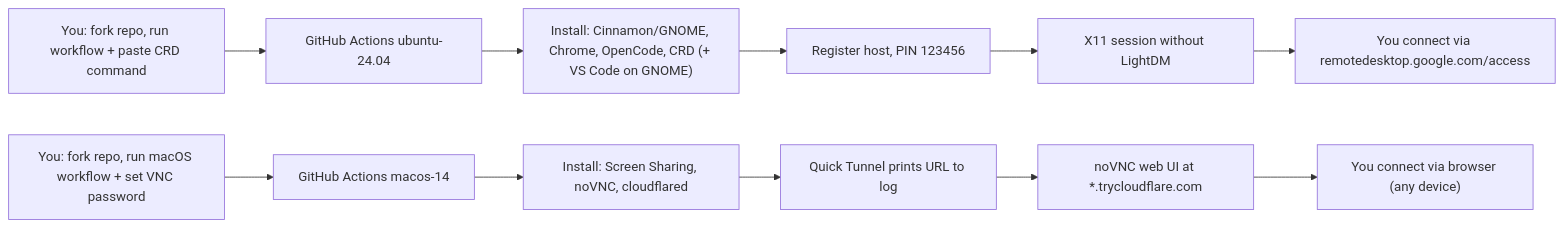
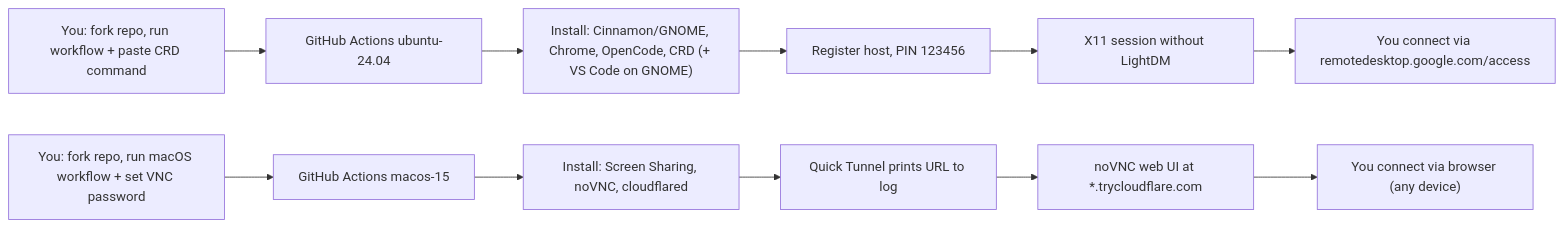
Before and after one commit to ArchDityaa/rich-linux-crd: the diagram in README.md, drawn with Mermaid. The commit also changed other lines of this file and 4 other files, not shown here.

First line of the commit message:
chore: migrate to macos-15-intel (VM Runner) + macos-15 (macOS desktop)

````diff
--- a/README.md
+++ b/README.md
@@ -220,13 +223,13 @@
 ```mermaid
 flowchart LR
     A["You: fork repo, run workflow + paste CRD command"] --> B["GitHub Actions ubuntu-24.04"]
-    A2["You: fork repo, run macOS workflow + set VNC password"] --> B2["GitHub Actions macos-14"]
+    A2["You: fork repo, run macOS workflow + set VNC password"] --> B2["GitHub Actions macos-15"]
     B --> C["Install: Cinnamon/GNOME, Chrome, OpenCode, CRD (+ VS Code on GNOME)"]
     B2 --> C2["Install: Screen Sharing, noVNC, cloudflared"]
     C --> D["Register host, PIN 123456"]
     C2 --> D2["Quick Tunnel prints URL to log"]
     D --> E["X11 session without LightDM"]
     D2 --> E2["noVNC web UI at *.trycloudflare.com"]
     E --> F["You connect via remotedesktop.google.com/access"]
     E2 --> F2["You connect via browser (any device)"]
 ```
````
